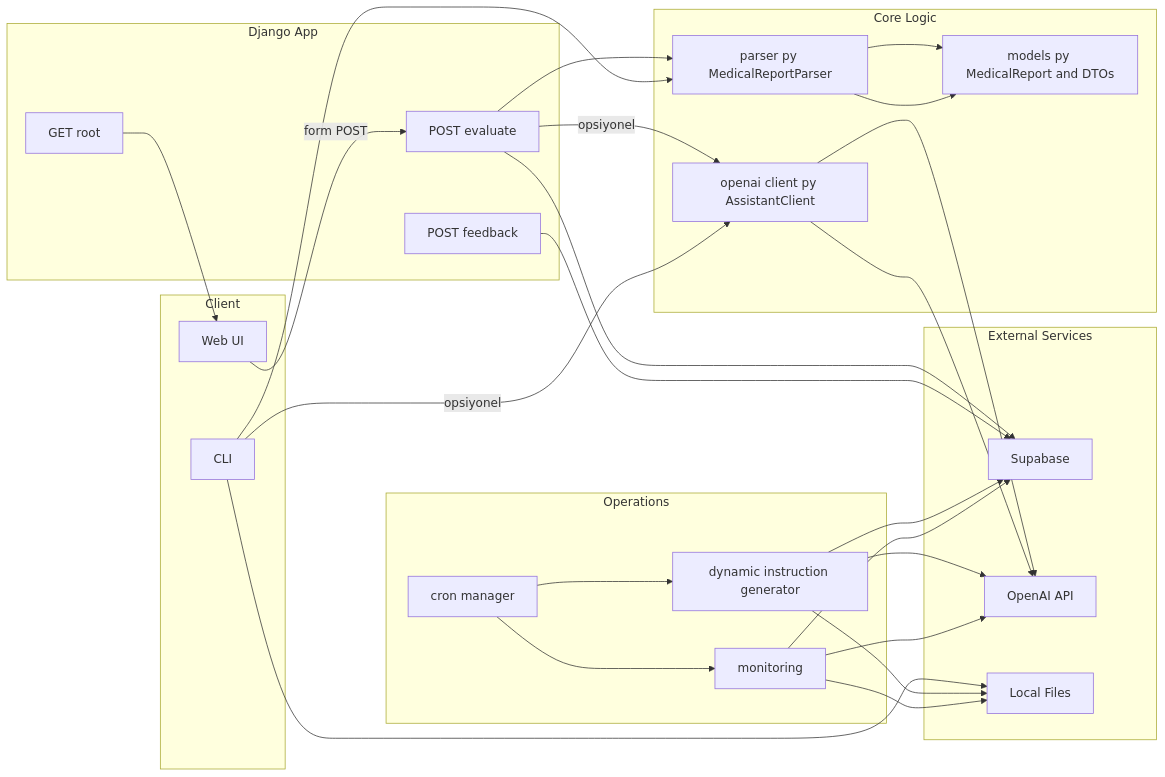
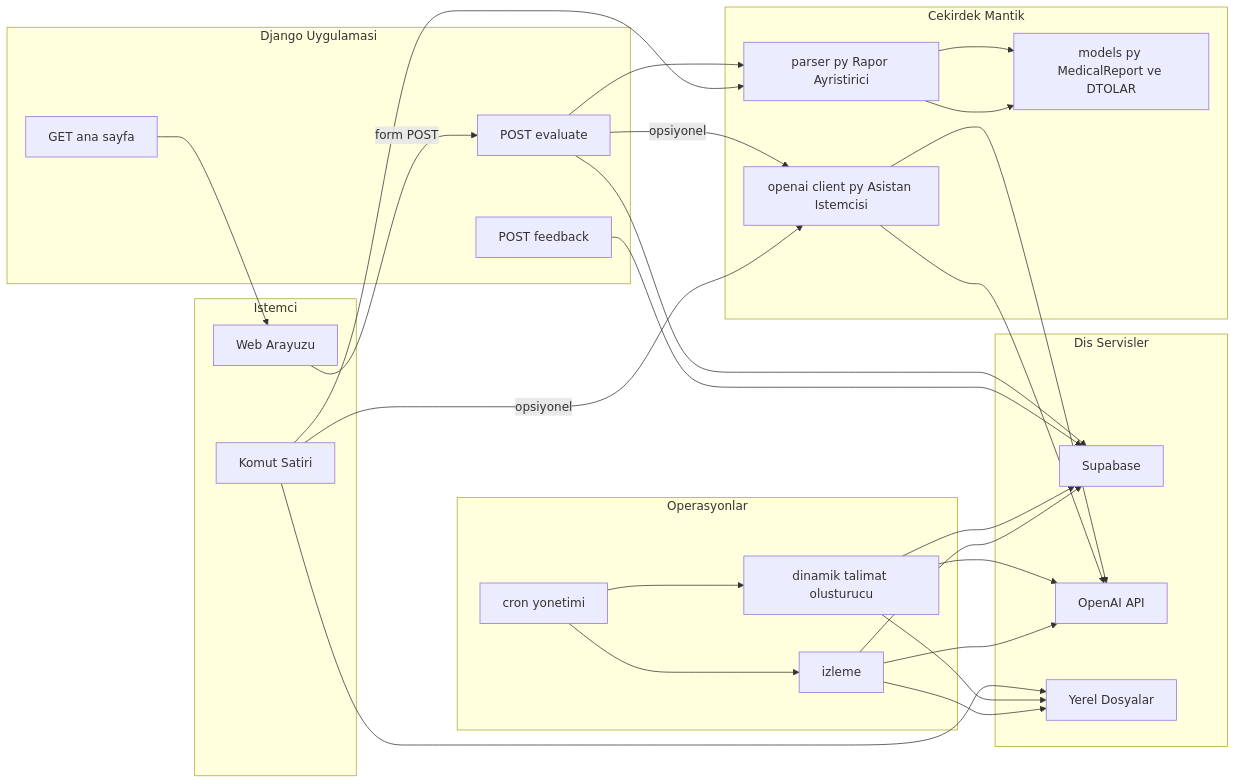
One commit to berdanalikan/hunerdeneme changed the first of 2 diagrams in docs/ARCHITECTURE.md. Above: the diagram before and after it, drawn with Mermaid. The commit also changed other lines of this file, not shown here.

Commit message:
docs(architecture): turkcelestirme ve Mermaid uyumlu etiketler

````diff
--- a/docs/ARCHITECTURE.md
+++ b/docs/ARCHITECTURE.md
@@ -6,53 +6,53 @@
 ```mermaid
 flowchart LR
-  subgraph Client[Client]
-    UI[Web UI]
-    CLI[CLI]
+  subgraph Client[Istemci]
+    UI[Web Arayuzu]
+    CLI[Komut Satiri]
   end
 
-  subgraph Django[Django App]
-    V1[GET root]
+  subgraph Django[Django Uygulamasi]
+    V1[GET ana sayfa]
     V2[POST evaluate]
     V3[POST feedback]
   end
 
-  subgraph Core[Core Logic]
-    P[parser py MedicalReportParser]
-    M[models py MedicalReport and DTOs]
-    OA[openai client py AssistantClient]
+  subgraph Core[Cekirdek Mantik]
+    P[parser py Rapor Ayristirici]
+    M[models py MedicalReport ve DTOLAR]
+    OA[openai client py Asistan Istemcisi]
   end
 
-  subgraph Ops[Operations]
-    DIG[dynamic instruction generator]
-    MON[monitoring]
-    CRON[cron manager]
+  subgraph Ops[Operasyonlar]
+    DIG[dinamik talimat olusturucu]
+    MON[izleme]
+    CRON[cron yonetimi]
   end
 
-  subgraph Ext[External Services]
+  subgraph Ext[Dis Servisler]
     SB[Supabase]
     OAI[OpenAI API]
-    FS[Local Files]
+    FS[Yerel Dosyalar]
   end
 
   UI -->|form POST| V2
   V1 --> UI
   V2 --> P --> M
   V2 -->|opsiyonel| OA --> OAI
   V2 --> SB
   V3 --> SB
 
   CLI --> P --> M
   CLI -->|opsiyonel| OA --> OAI
   CLI --> FS
 
   DIG --> SB
   DIG --> OAI
   DIG --> FS
 
   MON --> SB
   MON --> OAI
   MON --> FS
 
   CRON --> MON
   CRON --> DIG
 ```
````
